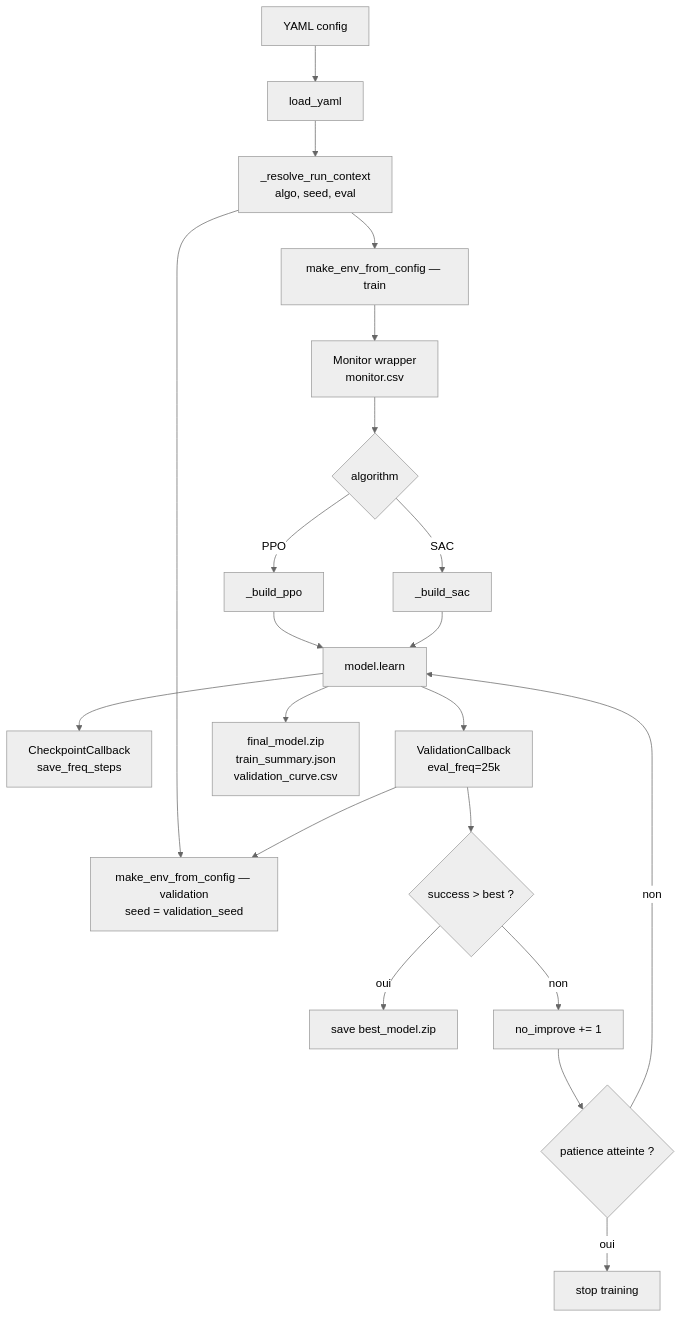
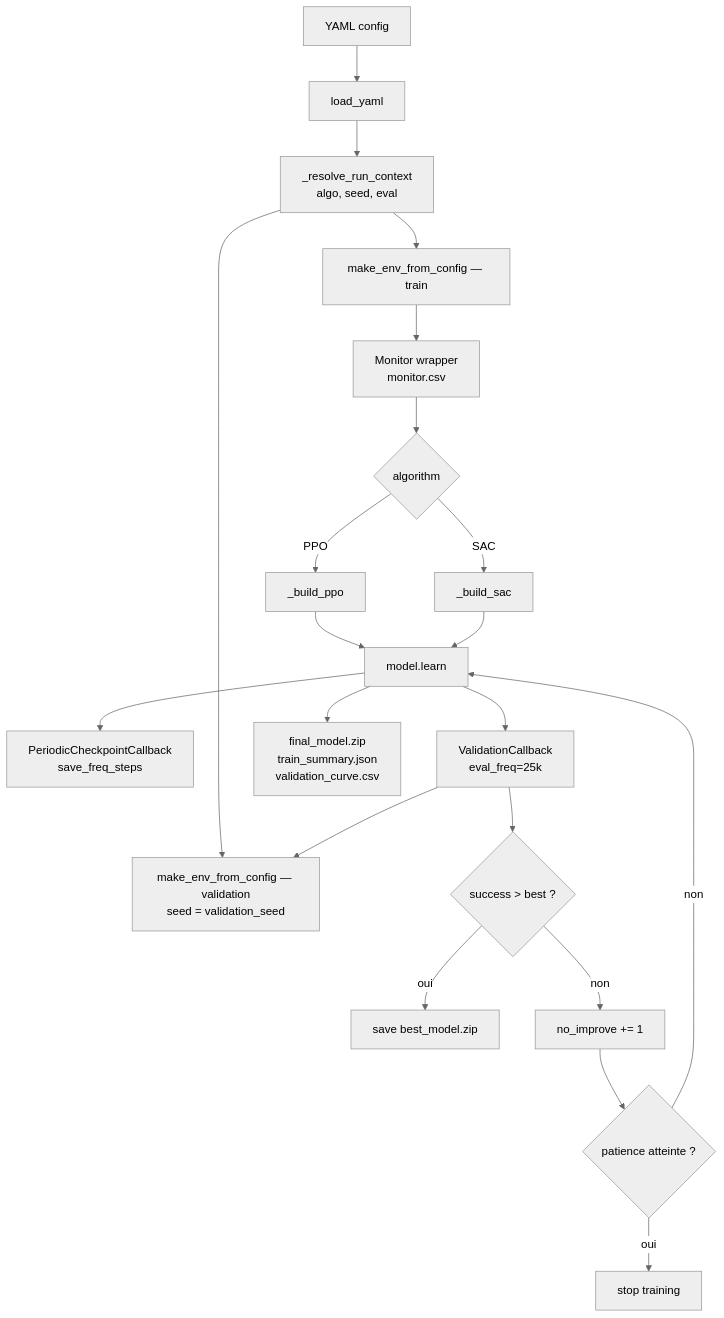
Before and after one commit to YiZeems/robocasa-project-B: the second of 4 diagrams in README.md, drawn with Mermaid (neutral theme). The commit also changed other lines of this file and 12 other files, not shown here.

````diff
--- a/README.md
+++ b/README.md
@@ -114,23 +114,23 @@
 ```mermaid
 flowchart TD
     A[YAML config] --> B[load_yaml]
     B --> C[_resolve_run_context<br/>algo, seed, eval]
     C --> D[make_env_from_config — train]
     C --> E[make_env_from_config — validation<br/>seed = validation_seed]
     D --> F[Monitor wrapper<br/>monitor.csv]
     F --> G{algorithm}
     G -- PPO --> H[_build_ppo]
     G -- SAC --> I[_build_sac]
     H --> J[model.learn]
     I --> J
-    J --> K[CheckpointCallback<br/>save_freq_steps]
+    J --> K[PeriodicCheckpointCallback<br/>save_freq_steps]
     J --> L[ValidationCallback<br/>eval_freq=25k]
     L --> E
     L --> M{success > best ?}
     M -- oui --> N[save best_model.zip]
     M -- non --> O[no_improve += 1]
     O --> P{patience atteinte ?}
     P -- oui --> Q[stop training]
     P -- non --> J
     J --> R[final_model.zip<br/>train_summary.json<br/>validation_curve.csv]
 ```
````
